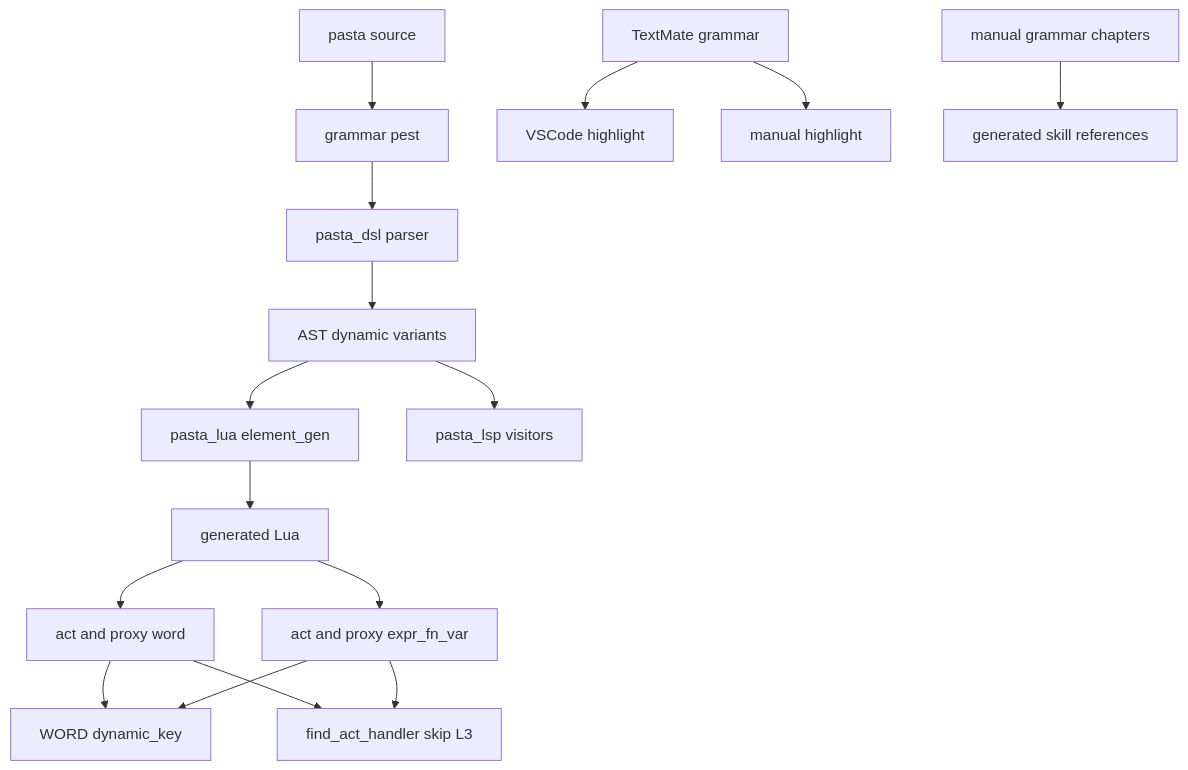
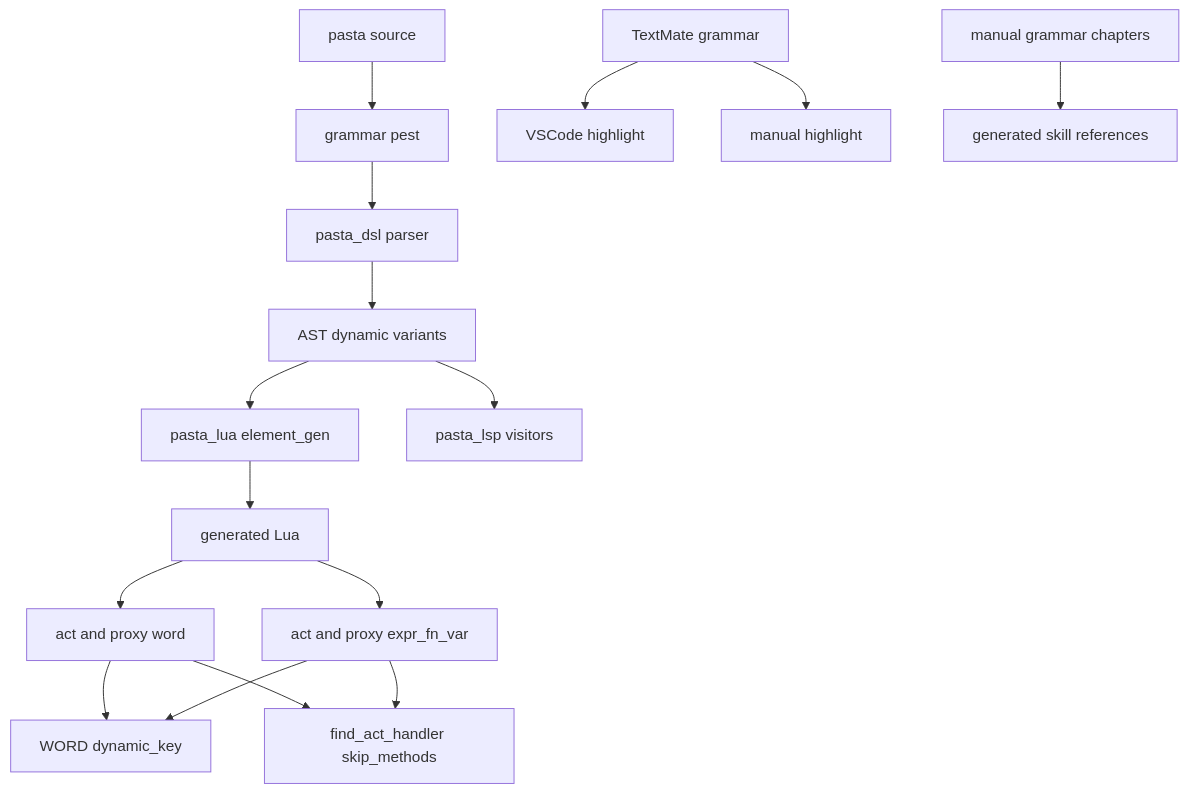
The first of 2 diagrams in .kiro/specs/dynamic-word-reference/design.md (ekicyou/pasta), drawn with Mermaid before and after one commit. The commit also changed other lines of this file and 1 other file, not shown here.

Commit message:
docs(dynamic-word-reference): resolve design discussion #1 - 動的参照の L1・A1 は rawget で表自身のフィールドだけを探す

````diff
--- a/.kiro/specs/dynamic-word-reference/design.md
+++ b/.kiro/specs/dynamic-word-reference/design.md
@@ -75,18 +76,18 @@
 ```mermaid
 graph TB
     PastaSource[pasta source] --> Grammar[grammar pest]
     Grammar --> Parser[pasta_dsl parser]
     Parser --> Ast[AST dynamic variants]
     Ast --> CodeGen[pasta_lua element_gen]
     Ast --> Lsp[pasta_lsp visitors]
     CodeGen --> GeneratedLua[generated Lua]
     GeneratedLua --> ActWord[act and proxy word]
     GeneratedLua --> ActExprFnVar[act and proxy expr_fn_var]
     ActWord --> DynamicKey[WORD dynamic_key]
     ActExprFnVar --> DynamicKey
-    ActWord --> FindHandler[find_act_handler skip L3]
+    ActWord --> FindHandler[find_act_handler skip_methods]
     ActExprFnVar --> FindHandler
     TextMate[TextMate grammar] --> VSCode[VSCode highlight]
     TextMate --> ManualHighlight[manual highlight]
     Manual[manual grammar chapters] --> SkillRefs[generated skill references]
 ```
````
